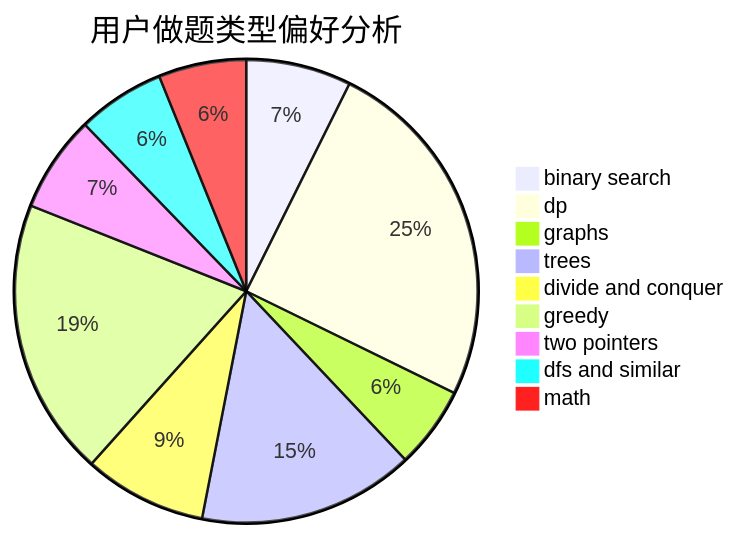
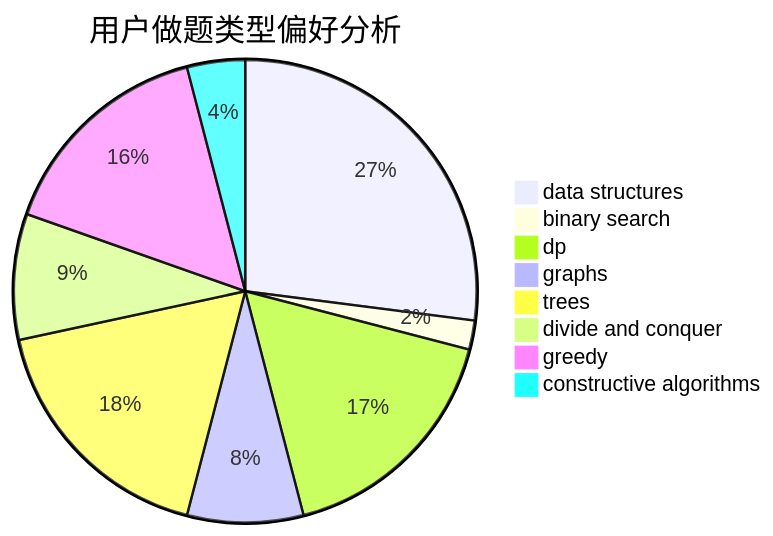
The second of 3 diagrams in docs/user/u2174.md (sherpahu/cfrs.github.io), drawn with Mermaid before and after one commit. The commit also changed other lines of this file and 2775 other files, not shown here.

````diff
--- a/docs/user/u2174.md
+++ b/docs/user/u2174.md
@@ -23,12 +23,11 @@
 ```mermaid
 pie title 用户做题类型偏好分析
-    "binary search" :  36
-    "dp" :  122
-    "graphs" :  28
-    "trees" :  74
-    "divide and conquer" :  42
-    "greedy" :  95
-    "two pointers" :  33
-    "dfs and similar" :  30
-    "math" :  30
+    "data structures" :  40
+    "binary search" :  3
+    "dp" :  25
+    "graphs" :  12
+    "trees" :  26
+    "divide and conquer" :  13
+    "greedy" :  23
+    "constructive algorithms" :  6
 ```
````
